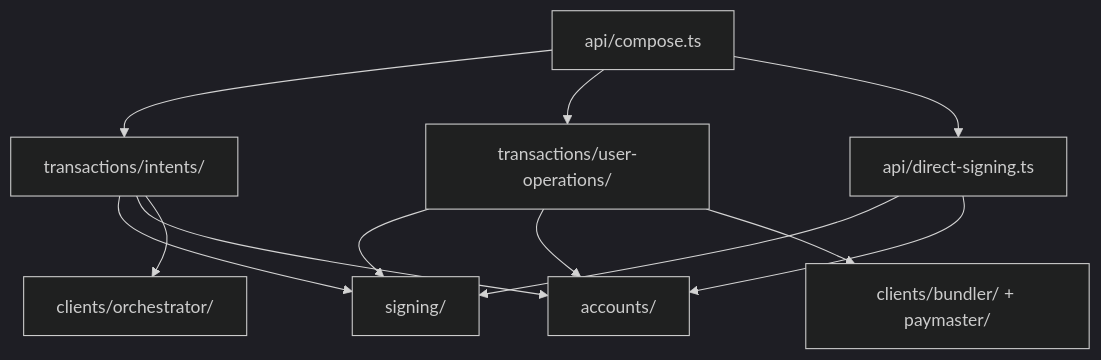
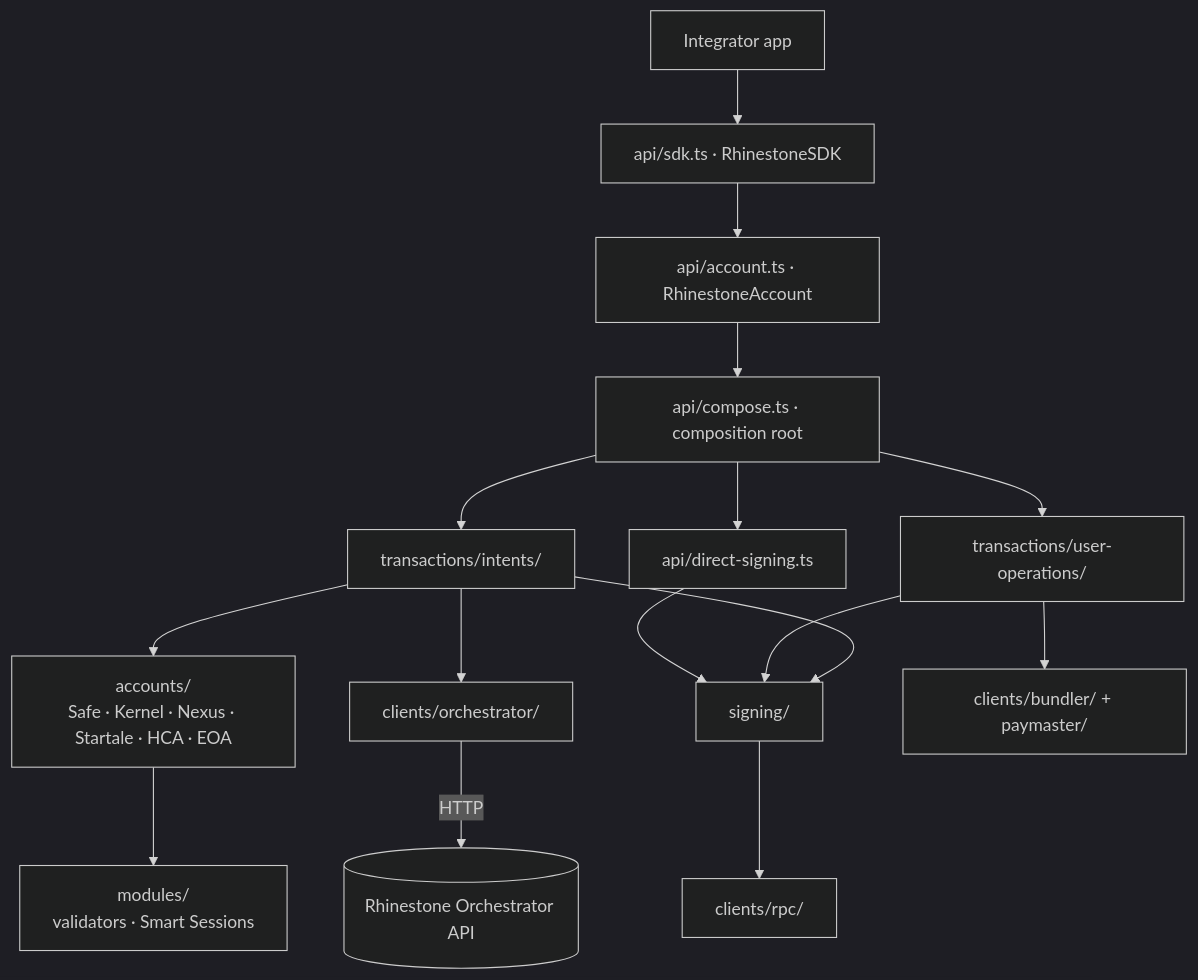
One commit to rhinestonewtf/sdk changed the first of 2 diagrams in docs/architecture.md. Above: the diagram before and after it, drawn with Mermaid (dark theme). The commit also changed other lines of this file and 2 other files, not shown here.

First line of the commit message:
docs: update SDK structure and architecture for the rewrite

````diff
--- a/docs/architecture.md
+++ b/docs/architecture.md
@@ -61,14 +9,22 @@
 ```mermaid
 graph TD
-  Compose[api/compose.ts] --> Intent[transactions/intents/]
-  Compose --> UserOp[transactions/user-operations/]
+  App[Integrator app] --> SDK[api/sdk.ts · RhinestoneSDK]
+  SDK --> Account[api/account.ts · RhinestoneAccount]
+  Account --> Compose[api/compose.ts · composition root]
+
+  Compose --> Intents[transactions/intents/]
+  Compose --> UserOps[transactions/user-operations/]
   Compose --> Direct[api/direct-signing.ts]
-  Intent --> Signing[signing/]
-  UserOp --> Signing
+
+  Intents --> Signing[signing/]
+  UserOps --> Signing
   Direct --> Signing
-  Intent --> Accounts[accounts/]
-  UserOp --> Accounts
-  Direct --> Accounts
-  Intent --> Clients[clients/orchestrator/]
-  UserOp --> Bundler[clients/bundler/ + paymaster/]
+
+  Intents --> Accounts[accounts/<br/>Safe · Kernel · Nexus · Startale · HCA · EOA]
+  Accounts --> Modules[modules/<br/>validators · Smart Sessions]
+  Intents --> Orch[clients/orchestrator/]
+  UserOps --> Bundler[clients/bundler/ + paymaster/]
+  Signing --> Rpc[clients/rpc/]
+
+  Orch -->|HTTP| API[(Rhinestone Orchestrator API)]
 ```
````
